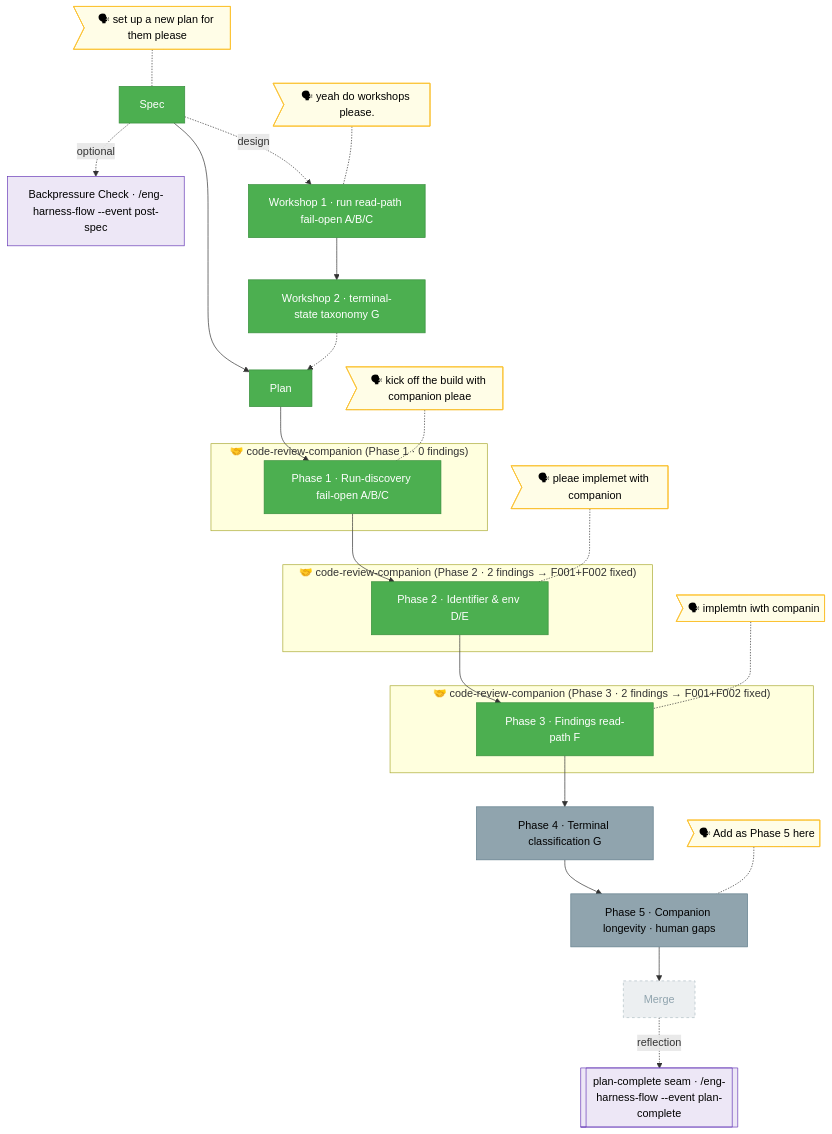
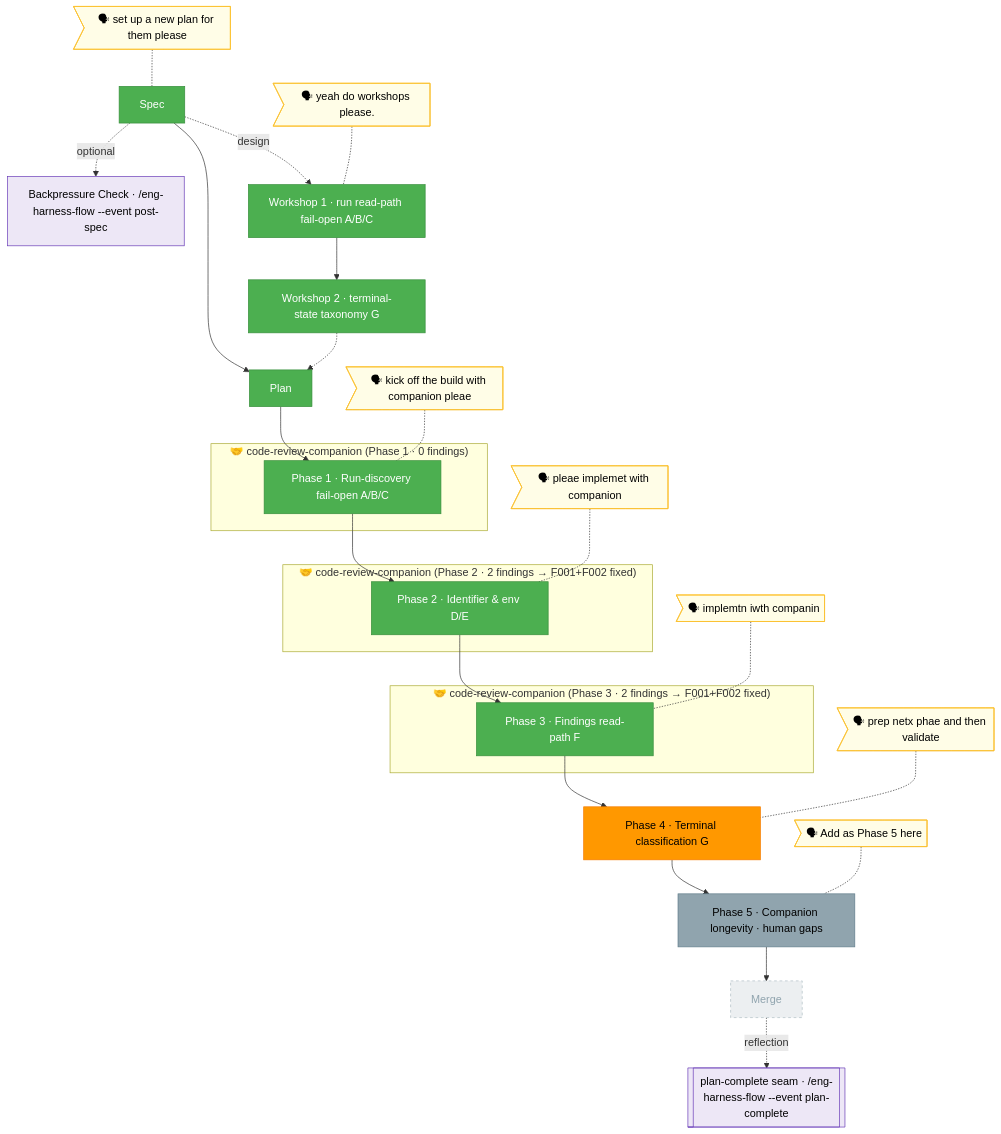
One commit to AI-Substrate/minih changed the diagram in docs/plans/028-companion-mode-reliability/the-flow.md. Above: the diagram before and after it, drawn with Mermaid. The commit also changed other lines of this file and 3 other files, not shown here.

First line of the commit message:
docs(028): Phase 5 tasks dossier + validation (companion longevity through human gaps)

````diff
--- a/docs/plans/028-companion-mode-reliability/the-flow.md
+++ b/docs/plans/028-companion-mode-reliability/the-flow.md
@@ -7,50 +7,52 @@
 ```mermaid
 flowchart TD
     classDef done    fill:#4CAF50,stroke:#388E3C,color:#fff
     classDef wip     fill:#FF9800,stroke:#F57C00,color:#000
     classDef blocked fill:#F44336,stroke:#D32F2F,color:#fff
     classDef known   fill:#90A4AE,stroke:#607D8B,color:#000
     classDef assumed fill:#ECEFF1,stroke:#B0BEC5,color:#90A4AE,stroke-dasharray:4 4
     classDef said    fill:#FFFDE7,stroke:#FBC02D,color:#000
     classDef harness fill:#EDE7F6,stroke:#673AB7,color:#000
 
     %% ── spine: spec → plan → 5 build phases → merge ──
     S[Spec]:::done --> PL[Plan]:::done --> P1[Phase 1 · Run-discovery fail-open A/B/C]:::done
-    P1 --> P2[Phase 2 · Identifier & env D/E]:::done --> P3[Phase 3 · Findings read-path F]:::done --> P4[Phase 4 · Terminal classification G]:::known --> P5[Phase 5 · Companion longevity · human gaps]:::known --> M[Merge]:::assumed
+    P1 --> P2[Phase 2 · Identifier & env D/E]:::done --> P3[Phase 3 · Findings read-path F]:::done --> P4[Phase 4 · Terminal classification G]:::wip --> P5[Phase 5 · Companion longevity · human gaps]:::known --> M[Merge]:::assumed
 
     %% ── live code-review companions wrapping each built phase (kind:companion, render:wrap) ──
     subgraph CMP1["🤝 code-review-companion (Phase 1 · 0 findings)"]
         P1
     end
     subgraph CMP2["🤝 code-review-companion (Phase 2 · 2 findings → F001+F002 fixed)"]
         P2
     end
     subgraph CMP3["🤝 code-review-companion (Phase 3 · 2 findings → F001+F002 fixed)"]
         P3
     end
 
     %% ── optional post-spec backpressure survey (offered, not taken — dotted off the spine) ──
     S -.->|optional| BP["Backpressure Check · /eng-harness-flow --event post-spec"]:::harness
 
     %% ── workshop excursions (each its own node), rejoining at the plan ──
     S -.->|design| W1[Workshop 1 · run read-path fail-open A/B/C]:::done
     W1 --> W2[Workshop 2 · terminal-state taxonomy G]:::done
     W2 -.-> PL
 
     %% ── harness seam node (first-class; router IS installed) ──
     M -.->|reflection| HH[["plan-complete seam · /eng-harness-flow --event plan-complete"]]:::harness
 
     %% ── verbatim user-said bubbles ──
     US>"🗣 set up a new plan for them please"]:::said
     US -.- S
     UW>"🗣 yeah do workshops please."]:::said
     UW -.- W1
     UB>"🗣 kick off the build with companion pleae"]:::said
     UB -.- P1
     UC>"🗣 pleae implemet with companion"]:::said
     UC -.- P2
     UP3>"🗣 implemtn iwth companin"]:::said
     UP3 -.- P3
+    UP4>"🗣 prep netx phae and then validate"]:::said
+    UP4 -.- P4
     UP5>"🗣 Add as Phase 5 here"]:::said
     UP5 -.- P5
 ```
````
